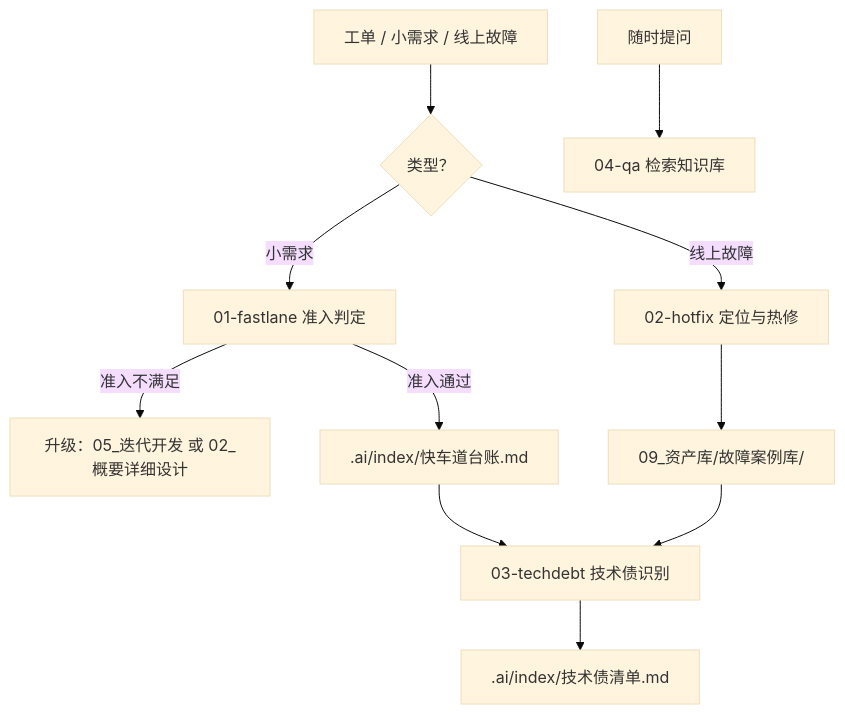
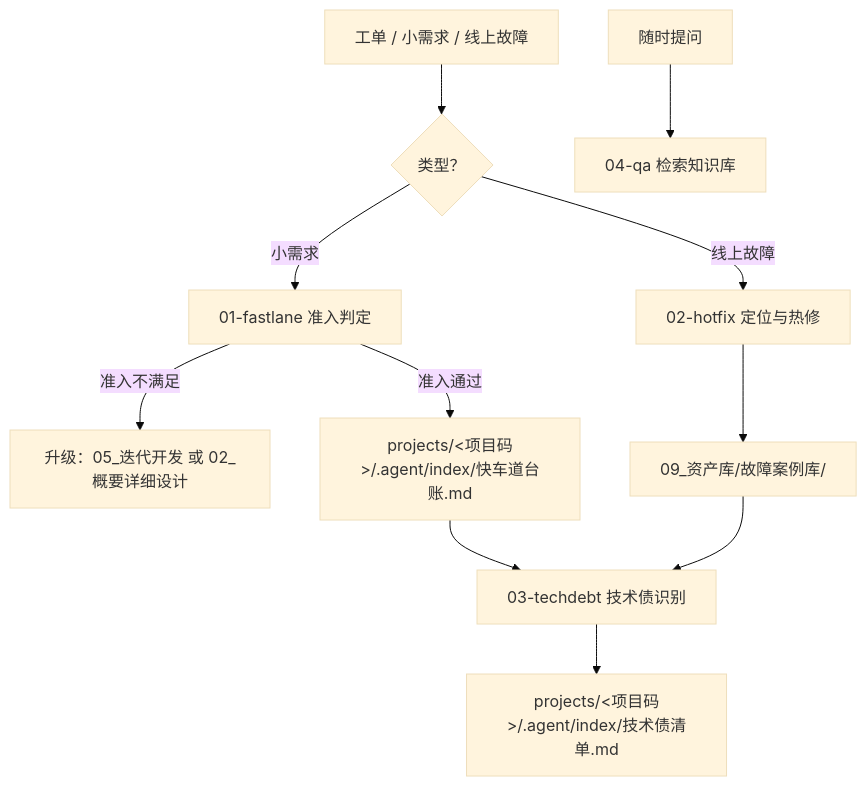
The diagram in 06_日常开发/README.md (lichengqun-dev/ai-work-spec), drawn with Mermaid (base theme) before and after one commit. The commit also changed other lines of this file and 208 other files, not shown here.

````diff
--- a/06_日常开发/README.md
+++ b/06_日常开发/README.md
@@ -21,13 +21,13 @@
 ```mermaid
 graph TD
     W["工单 / 小需求 / 线上故障"] --> J{"类型？"}
     J -->|小需求| F["01-fastlane 准入判定"]
     J -->|线上故障| H["02-hotfix 定位与热修"]
     F -->|准入不满足| UP["升级：05_迭代开发 或 02_概要详细设计"]
-    F -->|准入通过| LED[".ai/index/快车道台账.md"]
+    F -->|准入通过| LED["projects/<项目码>/.agent/index/快车道台账.md"]
     H --> LE["09_资产库/故障案例库/"]
     LED --> TD["03-techdebt 技术债识别"]
     LE --> TD
-    TD --> LIST[".ai/index/技术债清单.md"]
+    TD --> LIST["projects/<项目码>/.agent/index/技术债清单.md"]
     Q["随时提问"] --> QA["04-qa 检索知识库"]
 ```
````
